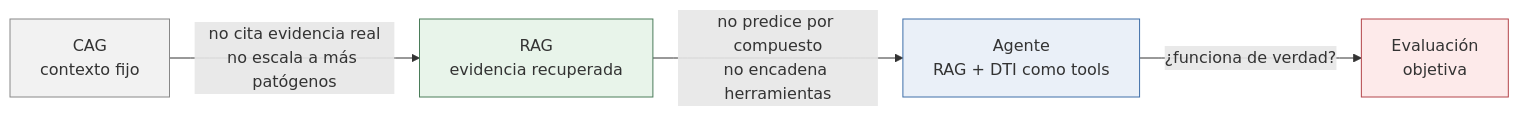
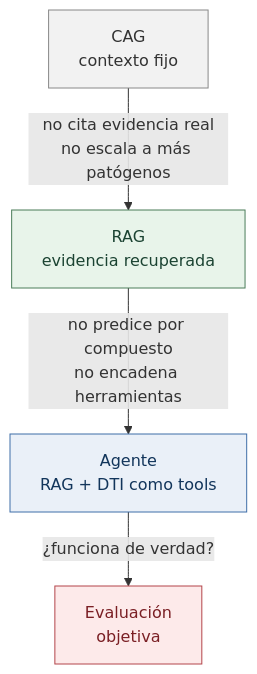
Before and after one commit to julenmg/AI4Devs-finalproject: the second of 3 diagrams in README.md, drawn with Mermaid. The commit also changed other lines of this file, not shown here.

First paragraph of the commit message:
fase8: legibilidad de los diagramas (contraste explicito y layout vertical)
Los tres fallos afectaban justo a las etiquetas que llevan el mensaje del
diagrama, asi que no eran cosmeticos.

````diff
--- a/README.md
+++ b/README.md
@@ -226,11 +226,11 @@
 ```mermaid
-flowchart LR
+flowchart TD
     CAG["CAG<br/>contexto fijo"] -->|"no cita evidencia real<br/>no escala a más patógenos"| RAG["RAG<br/>evidencia recuperada"]
     RAG -->|"no predice por compuesto<br/>no encadena herramientas"| AGE["Agente<br/>RAG + DTI como tools"]
     AGE -->|"¿funciona de verdad?"| EV["Evaluación<br/>objetiva"]
 
-    style CAG fill:#f2f2f2,stroke:#888
-    style RAG fill:#e8f4ea,stroke:#4a7c59
-    style AGE fill:#eaf0f8,stroke:#3f6ea8
-    style EV fill:#fdeaea,stroke:#b3454a
+    style CAG fill:#f2f2f2,stroke:#888888,color:#333333
+    style RAG fill:#e8f4ea,stroke:#4a7c59,color:#1b4332
+    style AGE fill:#eaf0f8,stroke:#3f6ea8,color:#12355b
+    style EV fill:#fdeaea,stroke:#b3454a,color:#7a1f24
 ```
````
